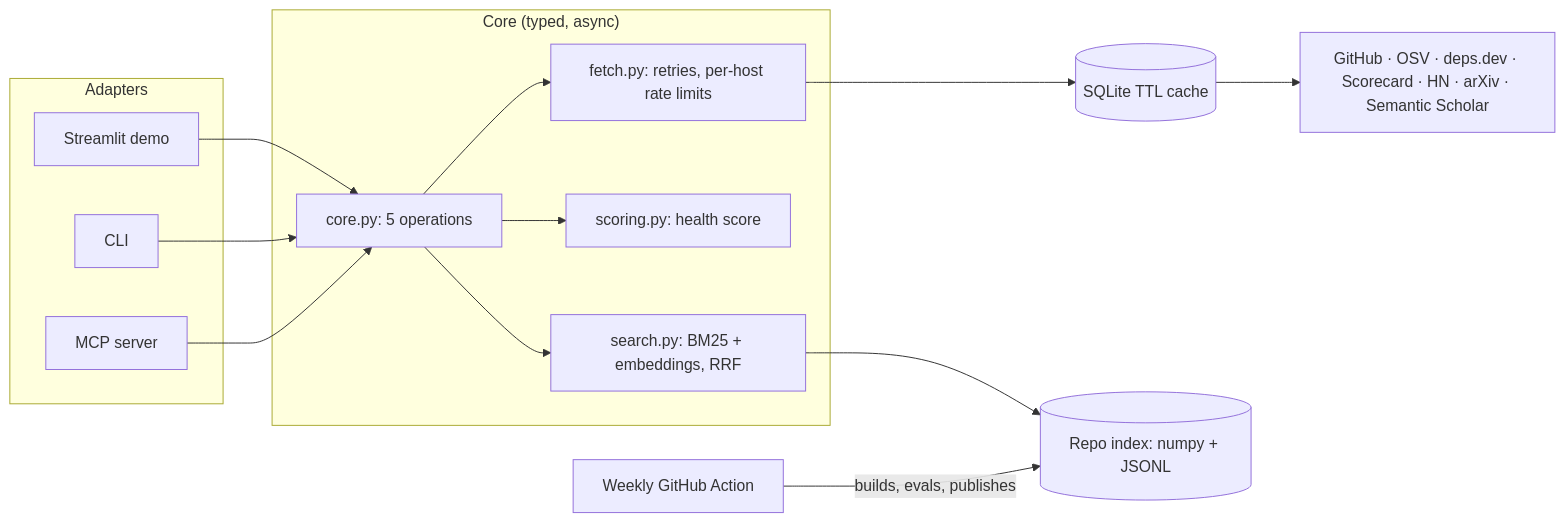
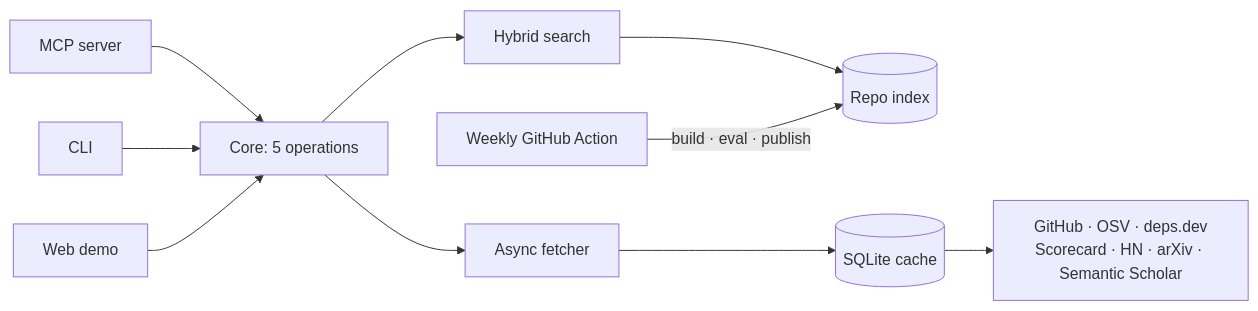
One commit to AdityaTummuri/ideation-goat changed the diagram in README.md. Above: the diagram before and after it, drawn with Mermaid. The commit also changed other lines of this file, not shown here.

````diff
--- a/README.md
+++ b/README.md
@@ -105,22 +111,7 @@
 ```mermaid
 flowchart LR
-  subgraph Adapters
-    MCP[MCP server]
-    CLI[CLI]
-    UI[Streamlit demo]
-  end
-  subgraph Core["Core (typed, async)"]
-    OPS[core.py: 5 operations]
-    SEARCH[search.py: BM25 + embeddings, RRF]
-    SCORE[scoring.py: health score]
-    FETCH[fetch.py: retries, per-host rate limits]
-  end
-  CACHE[(SQLite TTL cache)]
-  INDEX[(Repo index: numpy + JSONL)]
-  APIS[GitHub · OSV · deps.dev · Scorecard · HN · arXiv · Semantic Scholar]
-  CIJOB[Weekly GitHub Action] -->|builds, evals, publishes| INDEX
-  MCP & CLI & UI --> OPS
-  OPS --> SEARCH --> INDEX
-  OPS --> SCORE
-  OPS --> FETCH --> CACHE --> APIS
+  A[MCP server] & B[CLI] & C[Web demo] --> CORE[Core: 5 operations]
+  CORE --> S[Hybrid search] --> I[(Repo index)]
+  CORE --> F[Async fetcher] --> K[(SQLite cache)] --> APIs[GitHub · OSV · deps.dev<br>Scorecard · HN · arXiv · Semantic Scholar]
+  W[Weekly GitHub Action] -->|build · eval · publish| I
 ```
````
